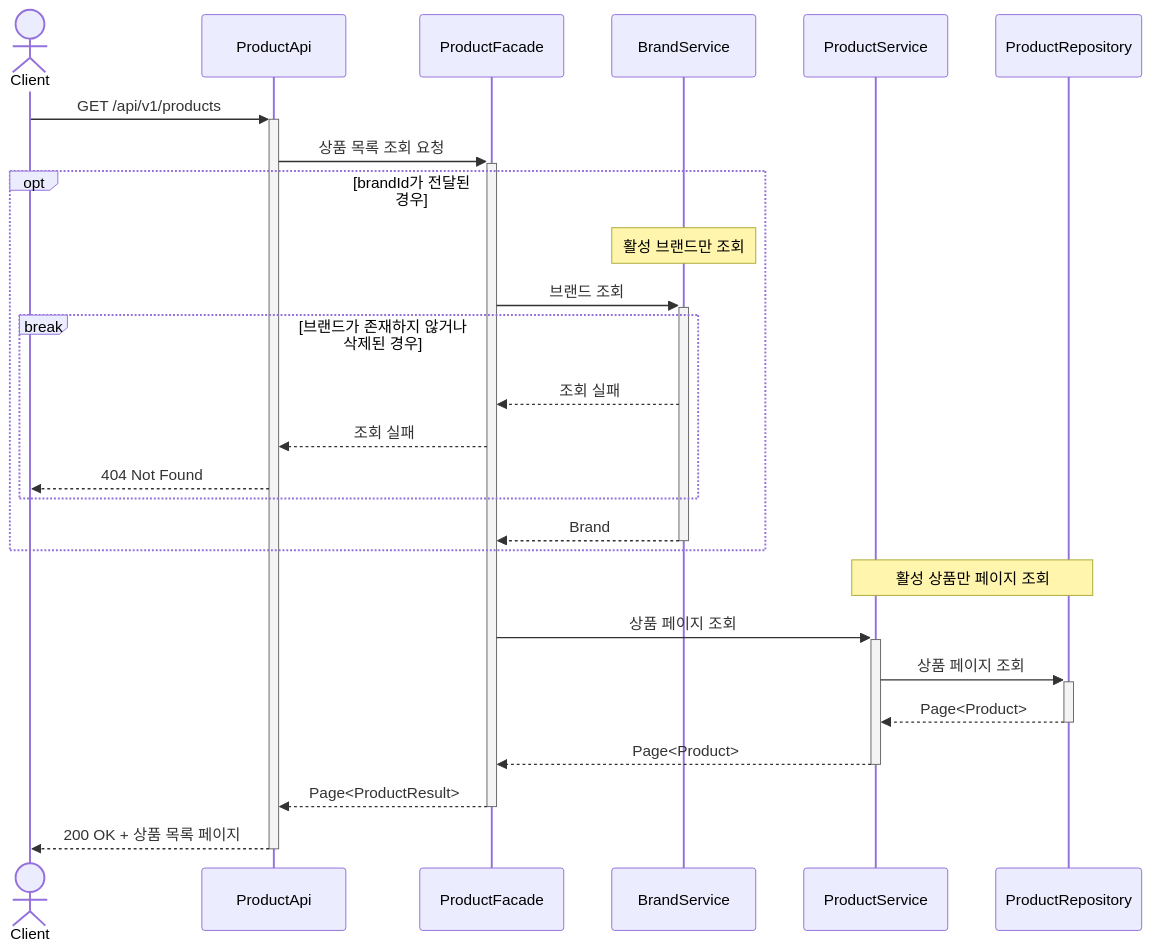
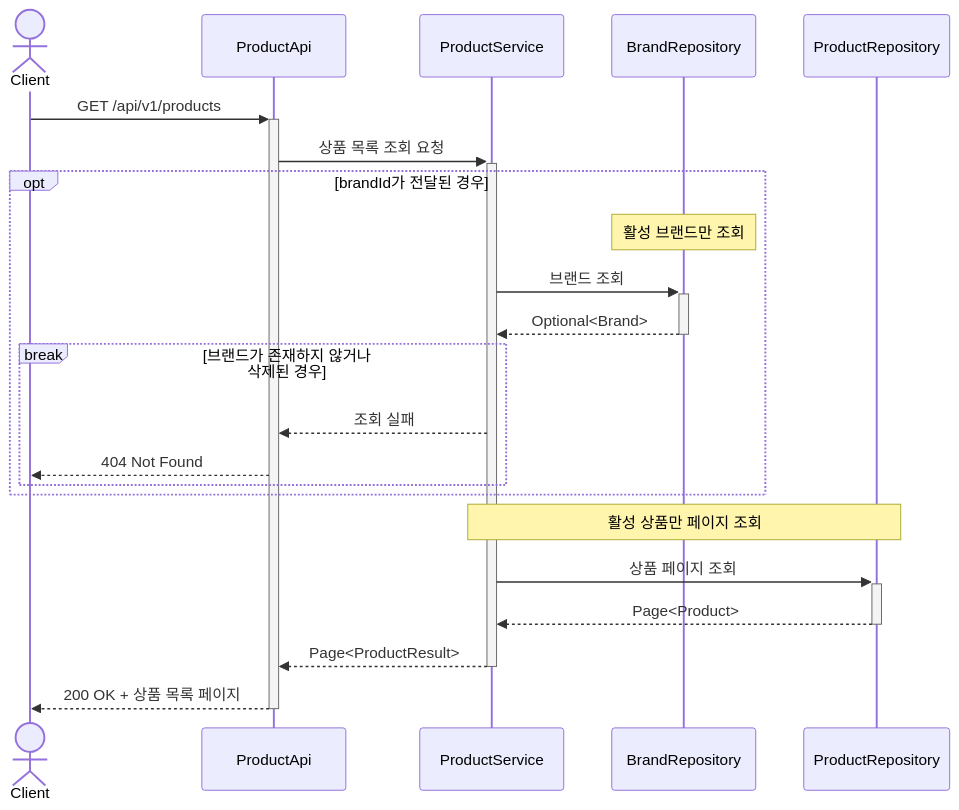
Before and after one commit to Loopers-dev-lab/loop-pack-be-l2-vol3-java: diagram 14 of 23 in .docs/design/02-sequence-diagrams.md, drawn with Mermaid. The commit also changed other lines of this file, not shown here.

First line of the commit message:
docs: 시퀀스 다이어그램에서 Facade 제거 및 Service 직접 호출 구조로 수정

````diff
--- a/.docs/design/02-sequence-diagrams.md
+++ b/.docs/design/02-sequence-diagrams.md
@@ -493,33 +469,28 @@
 ```mermaid
 sequenceDiagram
     actor Client
     participant ProductApi
-    participant ProductFacade
-    participant BrandService
     participant ProductService
+    participant BrandRepository
     participant ProductRepository
 
     Client ->>+ ProductApi: GET /api/v1/products
-    ProductApi ->>+ ProductFacade: 상품 목록 조회 요청
+    ProductApi ->>+ ProductService: 상품 목록 조회 요청
 
     opt brandId가 전달된 경우
-        Note over BrandService: 활성 브랜드만 조회
-        ProductFacade ->>+ BrandService: 브랜드 조회
+        Note over BrandRepository: 활성 브랜드만 조회
+        ProductService ->>+ BrandRepository: 브랜드 조회
+        BrandRepository -->>- ProductService: Optional<Brand>
 
         break 브랜드가 존재하지 않거나 삭제된 경우
-            BrandService -->> ProductFacade: 조회 실패
-            ProductFacade -->> ProductApi: 조회 실패
+            ProductService -->> ProductApi: 조회 실패
             ProductApi -->> Client: 404 Not Found
         end
-
-        BrandService -->>- ProductFacade: Brand
     end
 
     Note over ProductService, ProductRepository: 활성 상품만 페이지 조회
-    ProductFacade ->>+ ProductService: 상품 페이지 조회
     ProductService ->>+ ProductRepository: 상품 페이지 조회
     ProductRepository -->>- ProductService: Page<Product>
-    ProductService -->>- ProductFacade: Page<Product>
-    ProductFacade -->>- ProductApi: Page<ProductResult>
+    ProductService -->>- ProductApi: Page<ProductResult>
     ProductApi -->>- Client: 200 OK + 상품 목록 페이지
 ```
````
